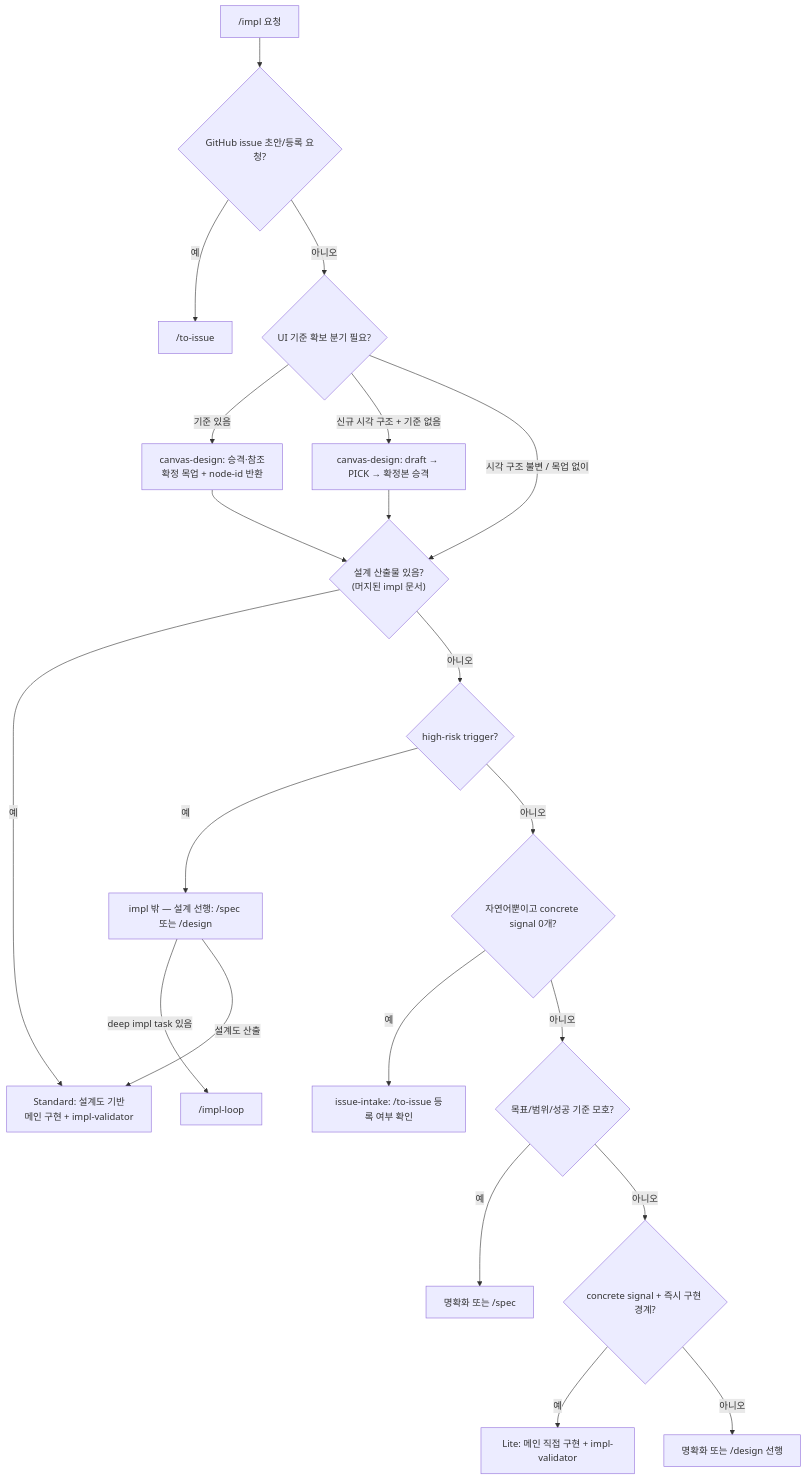
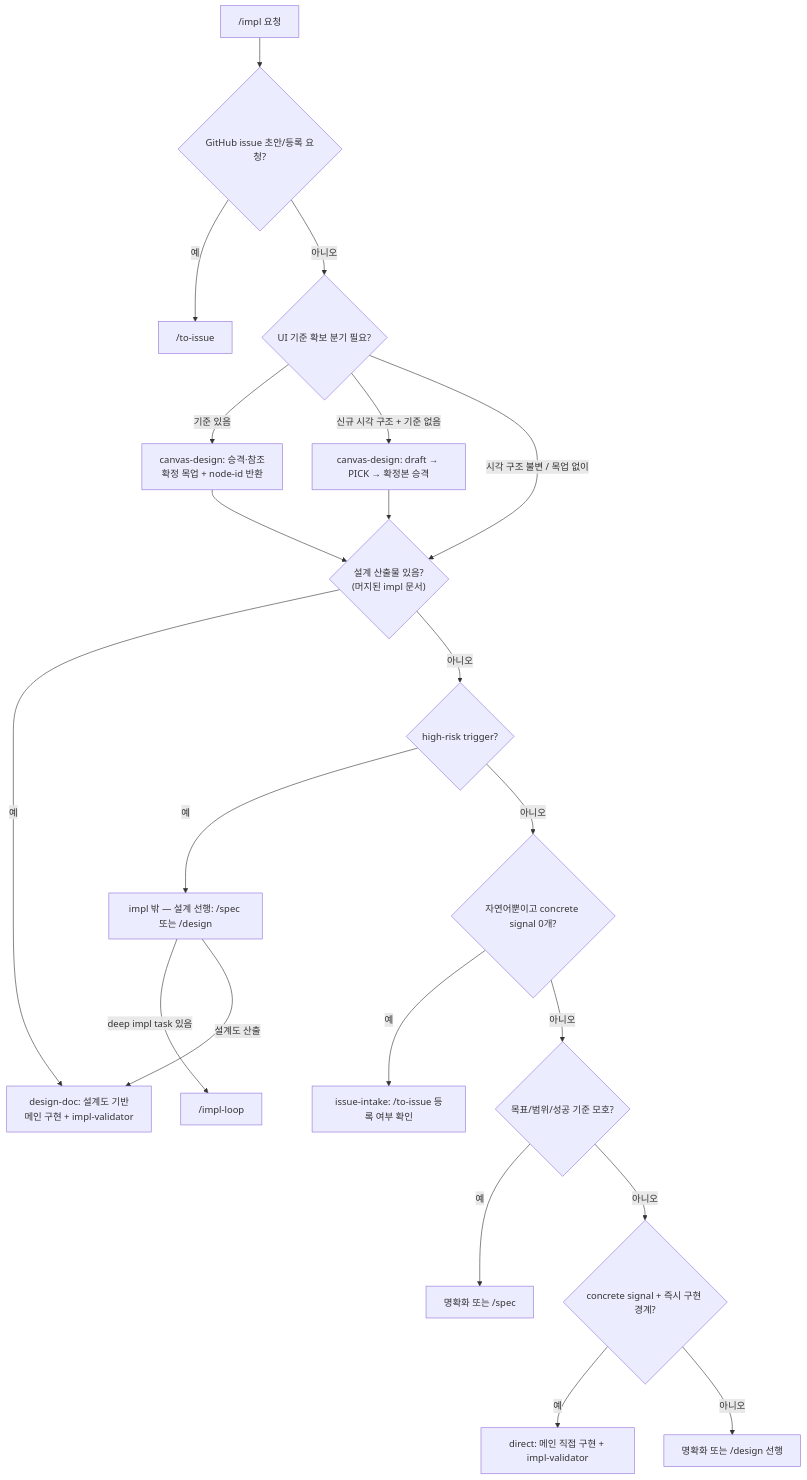
One commit to Daeguk-Sun/dcNess changed the diagram in skills/impl/impl-routing.md. Above: the diagram before and after it, drawn with Mermaid. The commit also changed other lines of this file and 15 other files, not shown here.

````diff
--- a/skills/impl/impl-routing.md
+++ b/skills/impl/impl-routing.md
@@ -14,23 +14,23 @@
 ```mermaid
 flowchart TB
   REQ["/impl 요청"] --> MAKE{"GitHub issue 초안/등록 요청?"}
   MAKE -->|예| TI["/to-issue"]
   MAKE -->|아니오| UI{"UI 기준 확보 분기 필요?"}
   UI -->|기준 있음| CDES1["canvas-design: 승격·참조<br/>확정 목업 + node-id 반환"]
   UI -->|신규 시각 구조 + 기준 없음| CDES2["canvas-design: draft → PICK → 확정본 승격"]
   UI -->|시각 구조 불변 / 목업 없이| DOC
   CDES1 --> DOC{"설계 산출물 있음?<br/>(머지된 impl 문서)"}
   CDES2 --> DOC
-  DOC -->|예| ST["Standard: 설계도 기반<br/>메인 구현 + impl-validator"]
+  DOC -->|예| ST["design-doc: 설계도 기반<br/>메인 구현 + impl-validator"]
   DOC -->|아니오| HR{"high-risk trigger?"}
   HR -->|예| OUT["impl 밖 — 설계 선행: /spec 또는 /design"]
   HR -->|아니오| NL{"자연어뿐이고 concrete signal 0개?"}
   NL -->|예| II["issue-intake: /to-issue 등록 여부 확인"]
   NL -->|아니오| AM{"목표/범위/성공 기준 모호?"}
   AM -->|예| CL["명확화 또는 /spec"]
   AM -->|아니오| CS{"concrete signal + 즉시 구현 경계?"}
-  CS -->|예| LT["Lite: 메인 직접 구현 + impl-validator"]
+  CS -->|예| LT["direct: 메인 직접 구현 + impl-validator"]
   CS -->|아니오| CL2["명확화 또는 /design 선행"]
   OUT -->|deep impl task 있음| IL["/impl-loop <task>"]
   OUT -->|설계도 산출| ST
 ```
````
